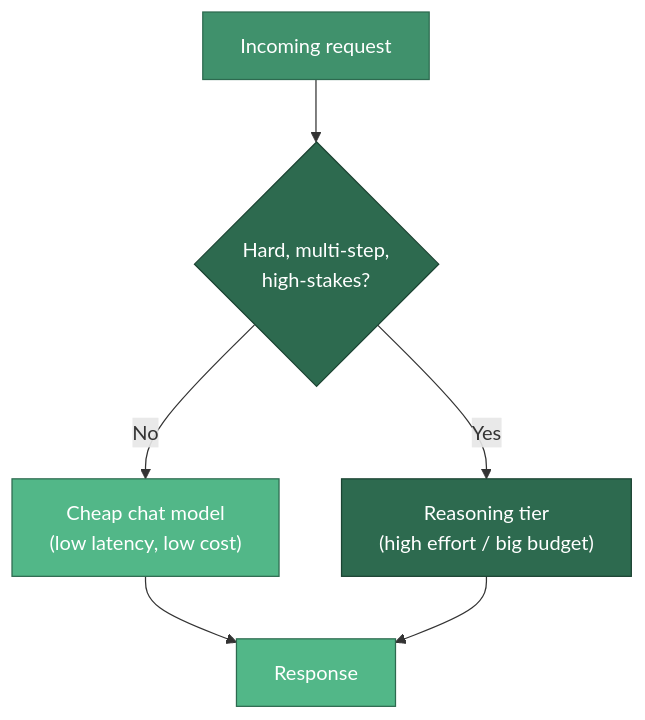
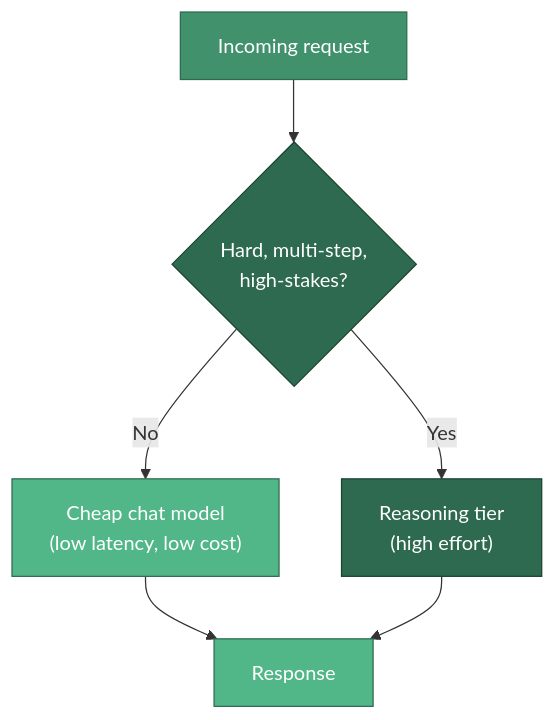
Before and after one commit to spawn08/agentic-ai-interview-kit: the third of 3 diagrams in docs/foundations/reasoning-models.md, drawn with Mermaid. The commit also changed other lines of this file and 150 other files, not shown here.

````diff
--- a/docs/foundations/reasoning-models.md
+++ b/docs/foundations/reasoning-models.md
@@ -130,13 +145,13 @@
 ```mermaid
 graph TD
     Q["Incoming request"] --> D{"Hard, multi-step,\nhigh-stakes?"}
     D -->|No| Cheap["Cheap chat model\n(low latency, low cost)"]
-    D -->|Yes| Reason["Reasoning tier\n(high effort / big budget)"]
+    D -->|Yes| Reason["Reasoning tier\n(high effort)"]
     Cheap --> R["Response"]
     Reason --> R
     style Q fill:#40916c,stroke:#2d6a4f,color:#fff
     style D fill:#2d6a4f,stroke:#1b4332,color:#fff
     style Cheap fill:#52b788,stroke:#2d6a4f,color:#fff
     style Reason fill:#2d6a4f,stroke:#1b4332,color:#fff
     style R fill:#52b788,stroke:#2d6a4f,color:#fff
 ```
````
